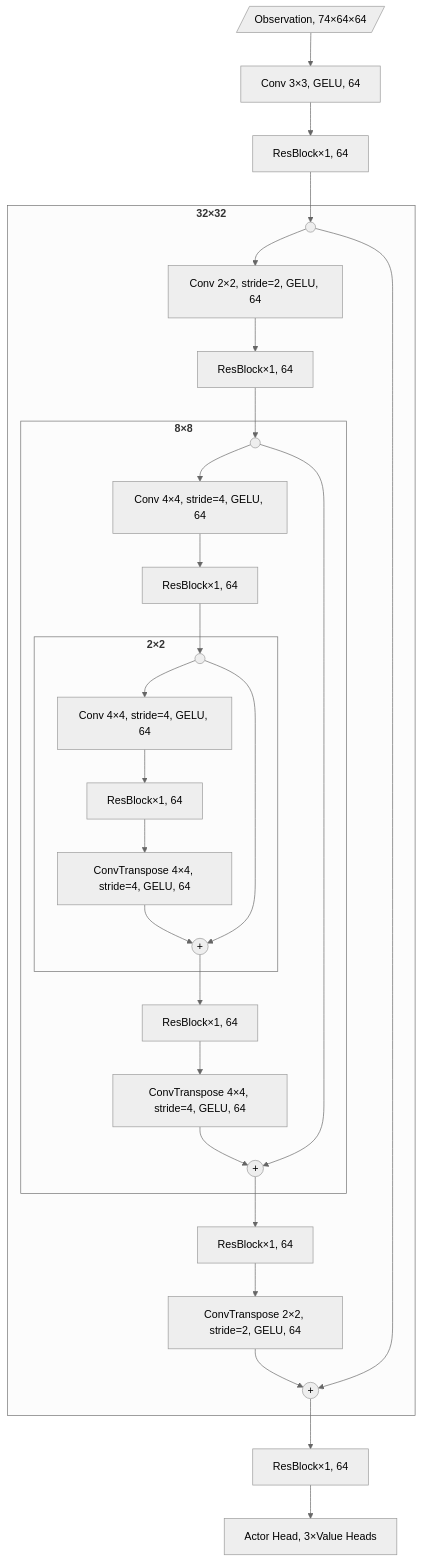
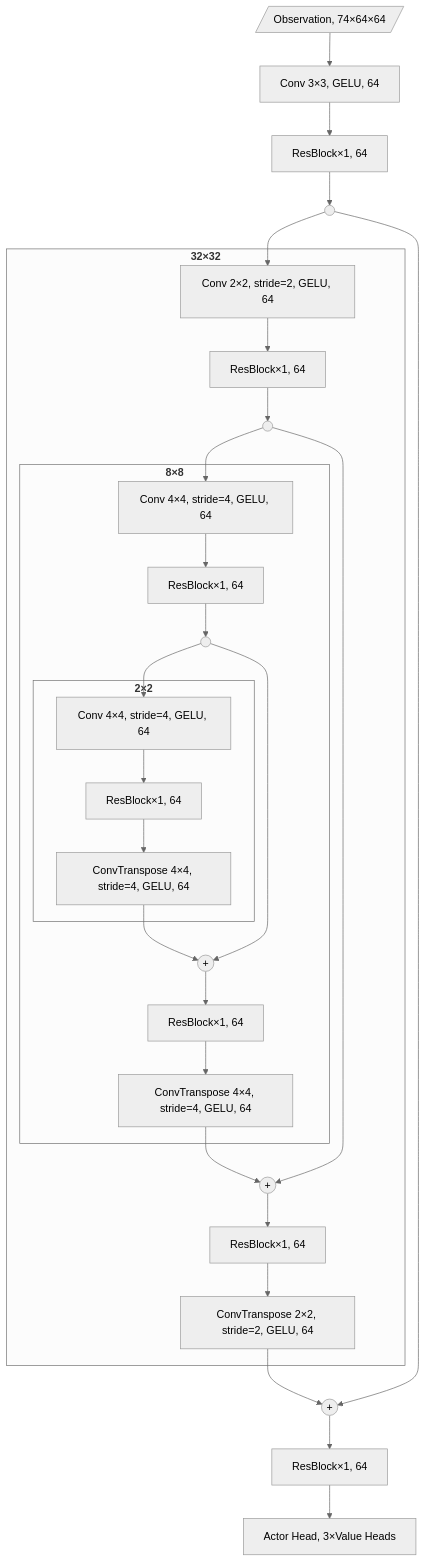
The third of 4 diagrams in rl_algo_impls/microrts/technical-description.md (sgoodfriend/rl-algo-impls), drawn with Mermaid (neutral theme) before and after one commit. The commit also changed other lines of this file and 1 other file, not shown here.

````diff
--- a/rl_algo_impls/microrts/technical-description.md
+++ b/rl_algo_impls/microrts/technical-description.md
@@ -113,56 +120,56 @@
 ```mermaid
 graph TD
 	Obs[/"Observation, 74×64×64"/]
 	InConv["Conv 3×3, GELU, 64"]
 	EncRes1["ResBlock×1, 64"]
+	Split1((" "))
+	Add1(("+"))
 	subgraph DC32["<b>32×32</b>"]
-		Split1((" "))
-		Add1(("+"))
 		Down1["Conv 2×2, stride=2, GELU, 64"]
 		EncRes2["ResBlock×1, 64"]
+		Split2((" "))
+		Add2(("+"))
 		subgraph DC8["<b>8×8</b>"]
-			Split2((" "))
-			Add2(("+"))
 			Down2["Conv 4×4, stride=4, GELU, 64"]
 			EncRes3["ResBlock×1, 64"]
+			Split3((" "))
+			Add3(("+"))
 			subgraph DC2["<b>2×2</b>"]
-				Split3((" "))
-				Add3(("+"))
 				Down3["Conv 4×4, stride=4, GELU, 64"]
 				EncRes4["ResBlock×1, 64"]
 				Up3["ConvTranspose 4×4, stride=4, GELU", 64]
 			end
 			DecRes3["ResBlock×1, 64"]
 			Up2["ConvTranspose 4×4, stride=4, GELU, 64"]
 		end
 		DecRes2["ResBlock×1, 64"]
 	Up1["ConvTranspose 2×2, stride=2, GELU, 64"]
 	end
 	DecRes1["ResBlock×1, 64"]
 	Heads["Actor Head, 3×Value Heads"]
 
   Obs --> InConv
 	InConv --> EncRes1
 	EncRes1 --> Split1
 		Split1 --> Down1
 		Down1 --> EncRes2
 		EncRes2 --> Split2
 			Split2 --> Down2
 			Down2 --> EncRes3
 			EncRes3 --> Split3
 				Split3 --> Down3
 				Down3 --> EncRes4
 				EncRes4 --> Up3
 				Up3 --> Add3
 				Split3 --> Add3
 				Add3 --> DecRes3
 			DecRes3 --> Up2
 			Up2 --> Add2
 			Split2 --> Add2
 			Add2 --> DecRes2
 			DecRes2 --> Up1
 			Up1 --> Add1
 			Split1 ---> Add1
 		Add1 --> DecRes1
 	DecRes1 --> Heads
 ```
````
